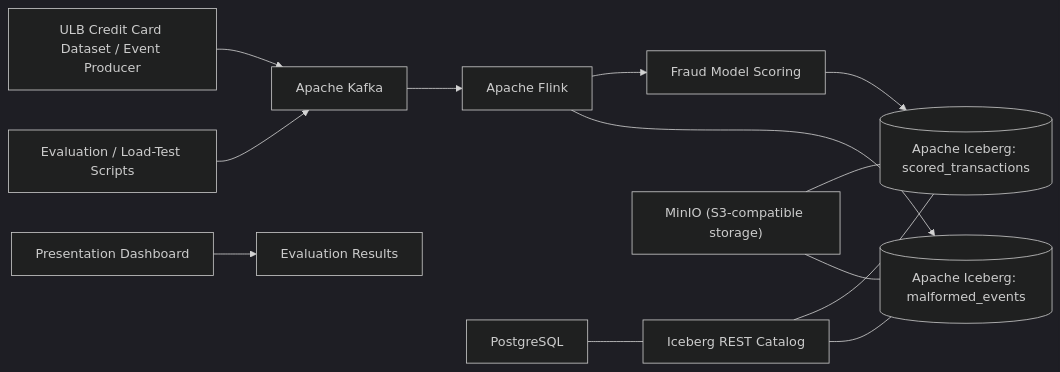
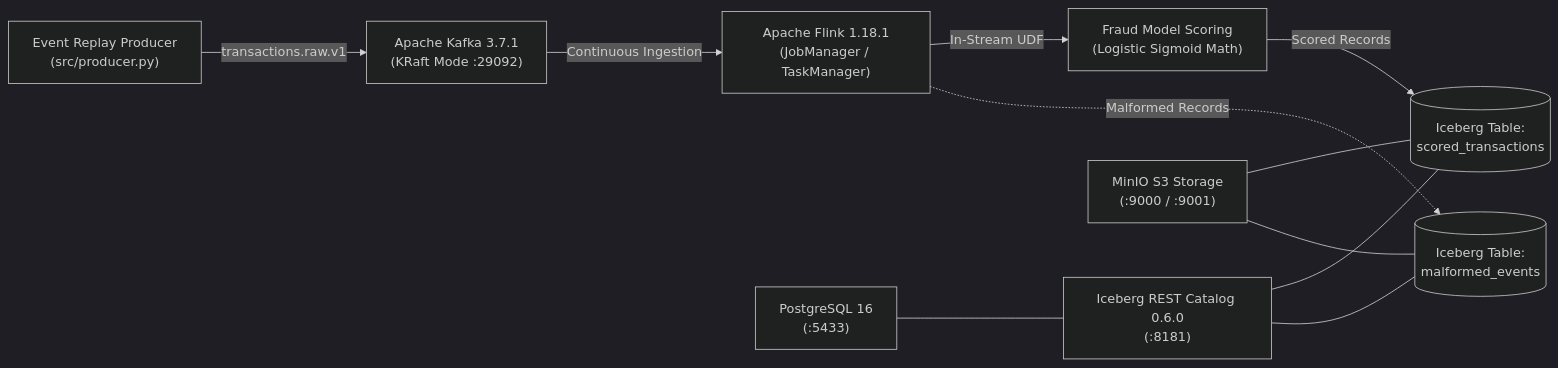
The diagram in README.md (KshitijShetty27/Big-Data-Systems-Responsible-AI-Mini-Project), drawn with Mermaid (dark theme) before and after one commit. The commit also changed other lines of this file and 21 other files, not shown here.

````diff
--- a/README.md
+++ b/README.md
@@ -18,15 +52,13 @@
 ```mermaid
 flowchart LR
-    A["ULB Credit Card Dataset / Event Producer"] --> B["Apache Kafka"]
-    B --> C["Apache Flink"]
-    C --> D["Fraud Model Scoring"]
-    D --> E[("Apache Iceberg: scored_transactions")]
-    C --> F[("Apache Iceberg: malformed_events")]
-    G["PostgreSQL"] --- H["Iceberg REST Catalog"]
+    A["Event Replay Producer\n(src/producer.py)"] -->|"transactions.raw.v1"| B["Apache Kafka 3.7.1\n(KRaft Mode :29092)"]
+    B -->|"Continuous Ingestion"| C["Apache Flink 1.18.1\n(JobManager / TaskManager)"]
+    C -->|"In-Stream UDF"| D["Fraud Model Scoring\n(Logistic Sigmoid Math)"]
+    D -->|"Scored Records"| E[("Iceberg Table:\nscored_transactions")]
+    C -.->|"Malformed Records"| F[("Iceberg Table:\nmalformed_events")]
+    G["PostgreSQL 16\n(:5433)"] --- H["Iceberg REST Catalog 0.6.0\n(:8181)"]
     H --- E
     H --- F
-    I["MinIO (S3-compatible storage)"] --- E
+    I["MinIO S3 Storage\n(:9000 / :9001)"] --- E
     I --- F
-    J["Evaluation / Load-Test Scripts"] --> B
-    K["Presentation Dashboard"] --> L["Evaluation Results"]
 ```
````
